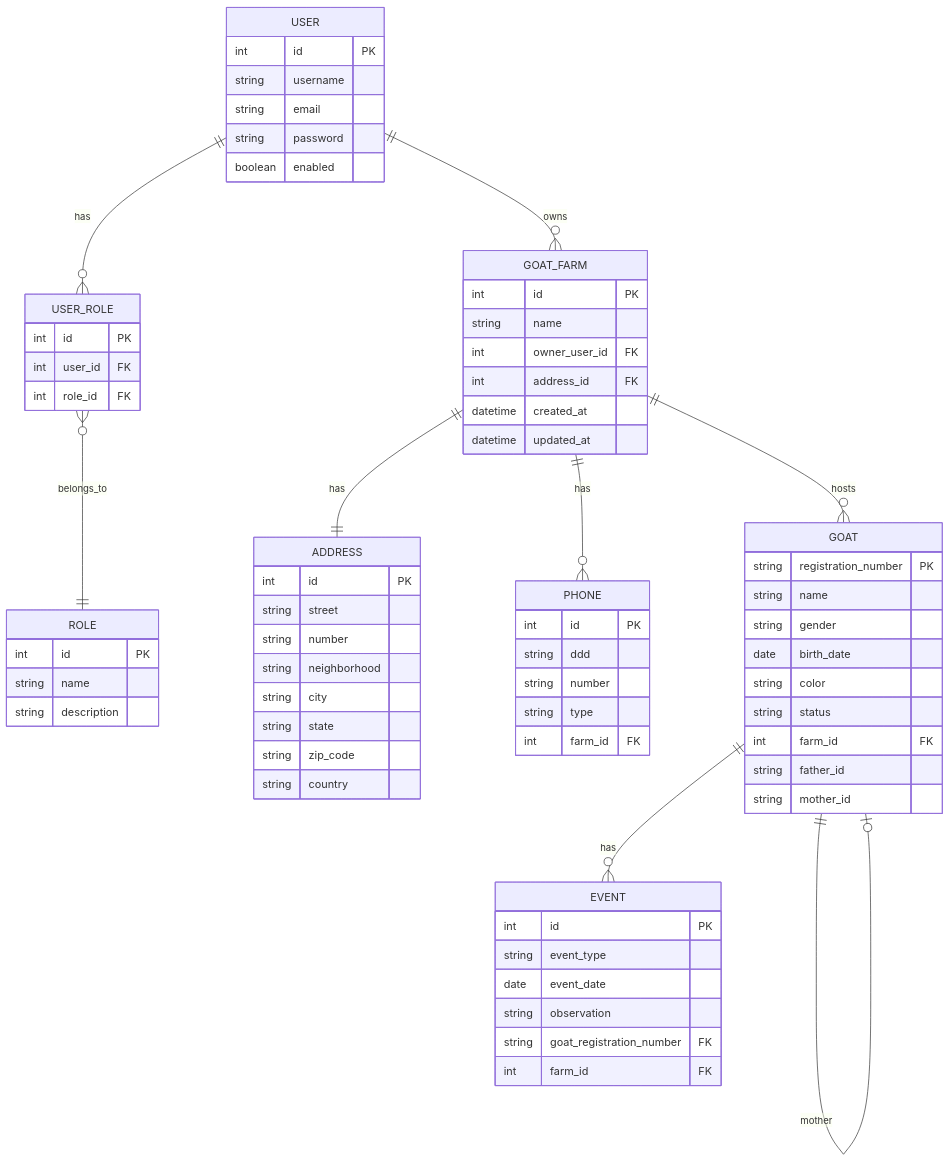
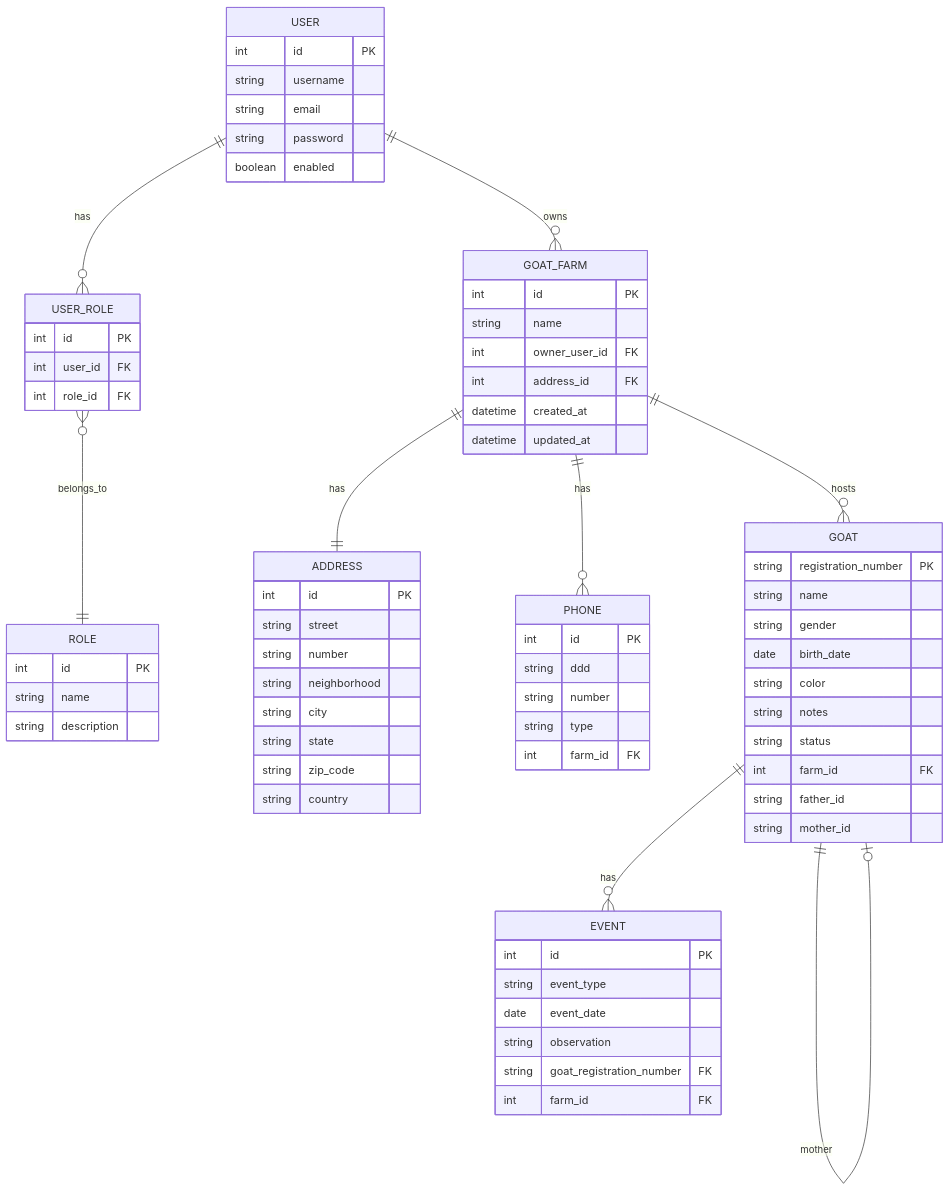
One commit to AlbertoVilar/caprigestor-backend changed the first of 2 diagrams in README.md. Above: the diagram before and after it, drawn with Mermaid. The commit also changed 1 other file, not shown here.

Commit message:
docs(diagrams): add Goat.notes to ER in README and domain.mmd

````diff
--- a/README.md
+++ b/README.md
@@ -145,81 +145,82 @@
 ```mermaid
 erDiagram
   USER ||--o{ USER_ROLE : has
   USER_ROLE }o--|| ROLE : belongs_to
   USER ||--o{ GOAT_FARM : owns
   GOAT_FARM ||--|| ADDRESS : has
   GOAT_FARM ||--o{ PHONE : has
   GOAT_FARM ||--o{ GOAT : hosts
   GOAT ||--o{ EVENT : has
   GOAT ||--o| GOAT : father
   GOAT ||--o| GOAT : mother
 
   USER {
     int id PK
     string username
     string email
     string password
     boolean enabled
   }
 
   ROLE {
     int id PK
     string name
     string description
   }
 
   USER_ROLE {
     int id PK
     int user_id FK
     int role_id FK
   }
 
   GOAT_FARM {
     int id PK
     string name
     int owner_user_id FK
     int address_id FK
     datetime created_at
     datetime updated_at
   }
 
   ADDRESS {
     int id PK
     string street
     string number
     string neighborhood
     string city
     string state
     string zip_code
     string country
   }
 
   PHONE {
     int id PK
     string ddd
     string number
     string type
     int farm_id FK
   }
 
   GOAT {
     string registration_number PK
     string name
     string gender
     date birth_date
     string color
+    string notes
     string status
     int farm_id FK
     string father_id
     string mother_id
   }
 
   EVENT {
     int id PK
     string event_type
     date event_date
     string observation
     string goat_registration_number FK
     int farm_id FK
   }
 ```
````
